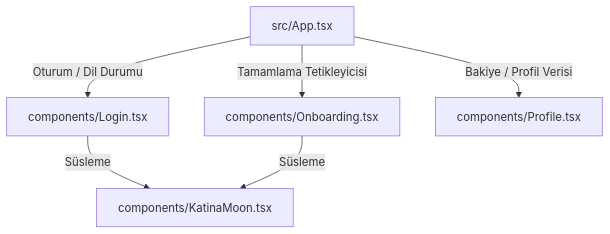
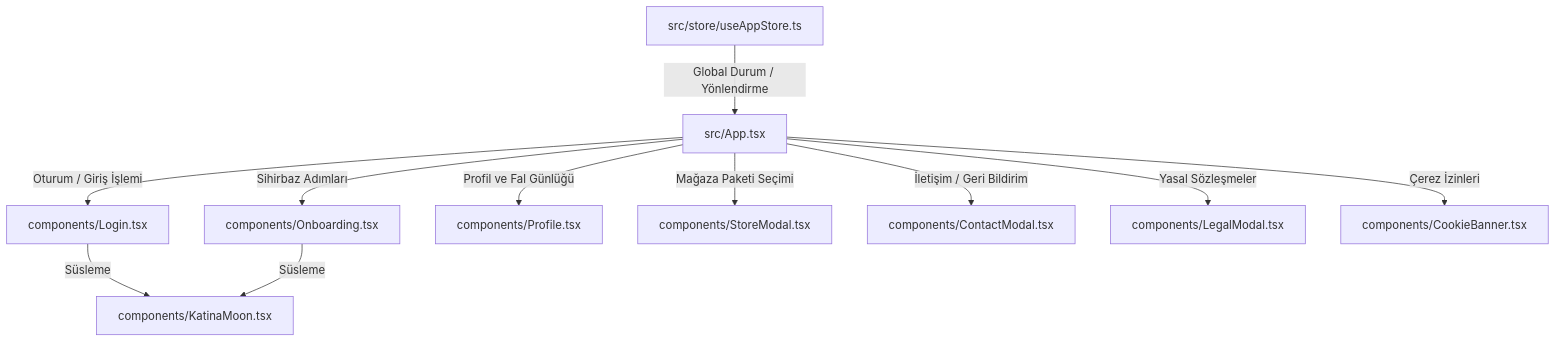
The diagram in docs/architecture/component-inventory.md (elifterzi57/MadameSoul1), drawn with Mermaid before and after one commit. The commit also changed other lines of this file and 56 other files, not shown here.

````diff
--- a/docs/architecture/component-inventory.md
+++ b/docs/architecture/component-inventory.md
@@ -74,8 +85,13 @@
 ```mermaid
 graph TD
-    App[src/App.tsx] -->|Oturum / Dil Durumu| Login[components/Login.tsx]
-    App -->|Tamamlama Tetikleyicisi| Onboarding[components/Onboarding.tsx]
-    App -->|Bakiye / Profil Verisi| Profile[components/Profile.tsx]
+    Store[src/store/useAppStore.ts] -->|Global Durum / Yönlendirme| App[src/App.tsx]
+    App -->|Oturum / Giriş İşlemi| Login[components/Login.tsx]
+    App -->|Sihirbaz Adımları| Onboarding[components/Onboarding.tsx]
+    App -->|Profil ve Fal Günlüğü| Profile[components/Profile.tsx]
+    App -->|Mağaza Paketi Seçimi| StoreModal[components/StoreModal.tsx]
+    App -->|İletişim / Geri Bildirim| ContactModal[components/ContactModal.tsx]
+    App -->|Yasal Sözleşmeler| LegalModal[components/LegalModal.tsx]
+    App -->|Çerez İzinleri| CookieBanner[components/CookieBanner.tsx]
     Login -->|Süsleme| KatinaMoon[components/KatinaMoon.tsx]
     Onboarding -->|Süsleme| KatinaMoon
 ```
````
